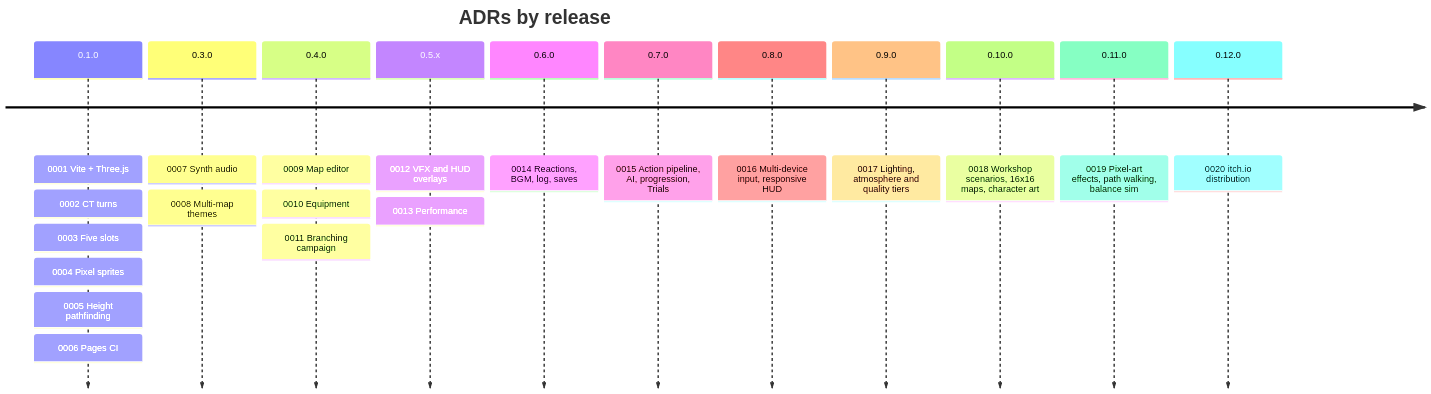
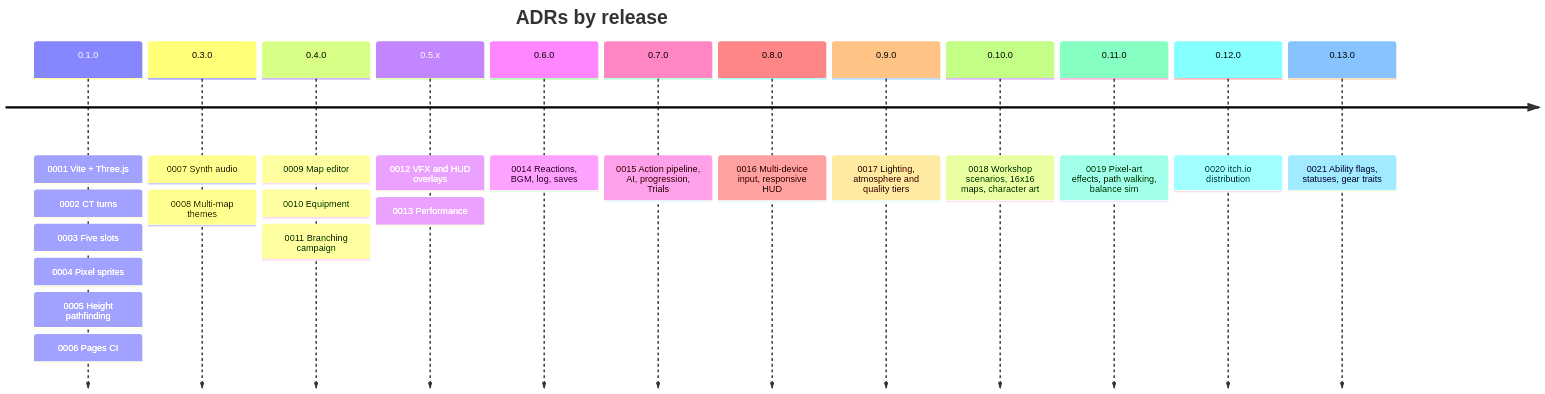
The second of 2 diagrams in docs/README.md (CptNope/Chess-RPG-Tactics), drawn with Mermaid before and after one commit. The commit also changed other lines of this file and 49 other files, not shown here.

First line of the commit message:
0.13.0: Monk, Thief, Summoner and Oracle; new statuses, abilities and gear

````diff
--- a/docs/README.md
+++ b/docs/README.md
@@ -52,15 +52,16 @@
 ```mermaid
 timeline
     title ADRs by release
     0.1.0 : 0001 Vite + Three.js : 0002 CT turns : 0003 Five slots : 0004 Pixel sprites : 0005 Height pathfinding : 0006 Pages CI
     0.3.0 : 0007 Synth audio : 0008 Multi-map themes
     0.4.0 : 0009 Map editor : 0010 Equipment : 0011 Branching campaign
     0.5.x : 0012 VFX and HUD overlays : 0013 Performance
     0.6.0 : 0014 Reactions, BGM, log, saves
     0.7.0 : 0015 Action pipeline, AI, progression, Trials
     0.8.0 : 0016 Multi-device input, responsive HUD
     0.9.0 : 0017 Lighting, atmosphere and quality tiers
     0.10.0 : 0018 Workshop scenarios, 16x16 maps, character art
     0.11.0 : 0019 Pixel-art effects, path walking, balance sim
     0.12.0 : 0020 itch.io distribution
+    0.13.0 : 0021 Ability flags, statuses, gear traits
 ```
````
